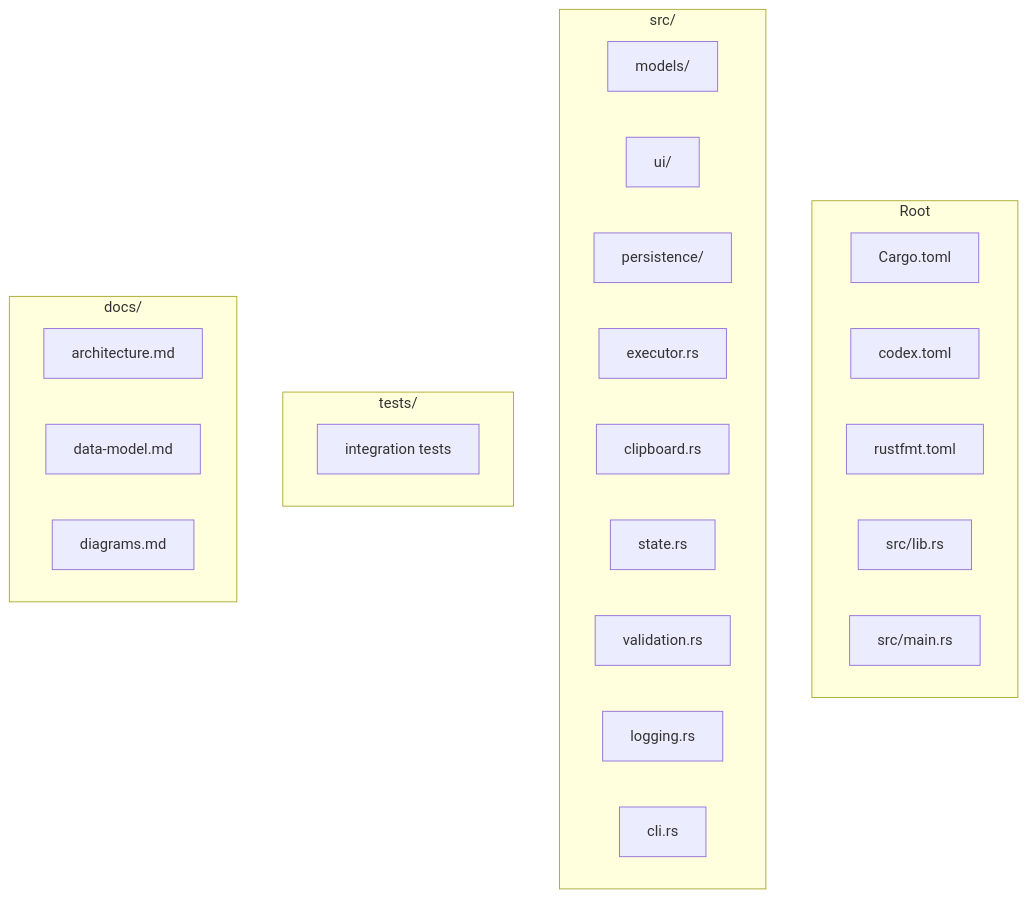
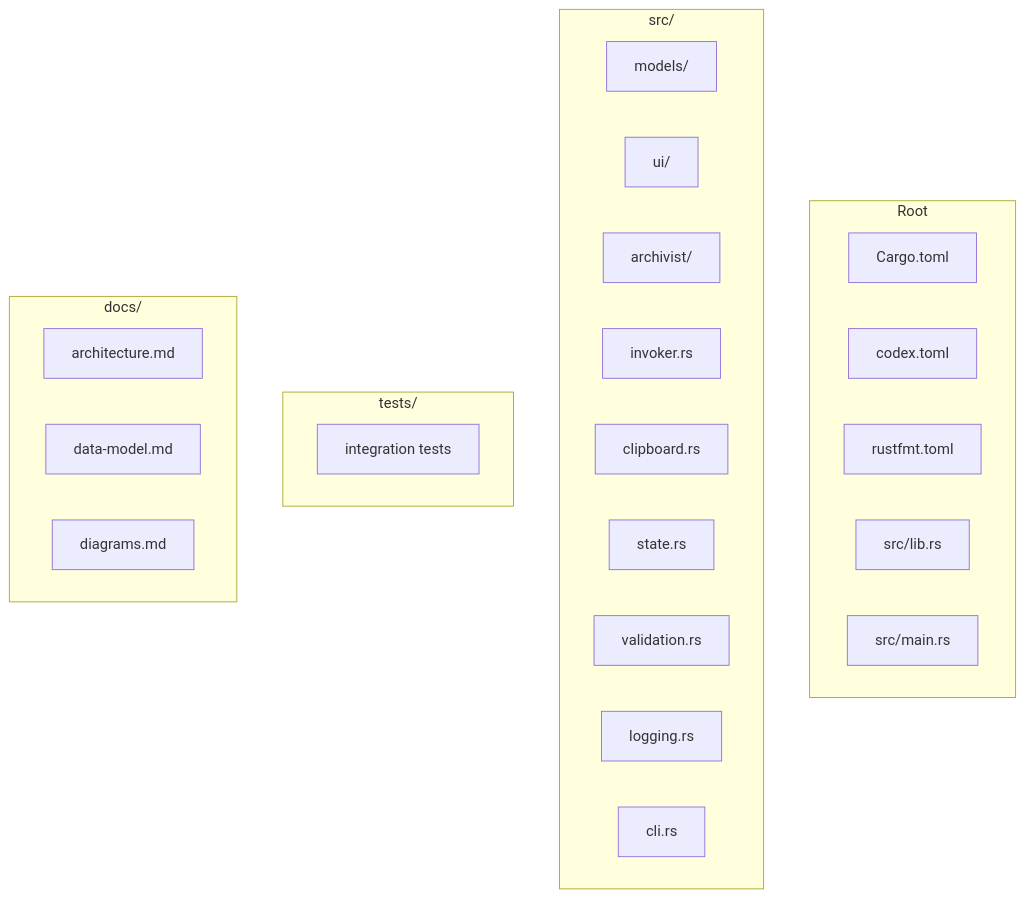
One commit to mxapd/spellbook changed the eighth of 9 diagrams in docs/diagrams.md. Above: the diagram before and after it, drawn with Mermaid. The commit also changed other lines of this file and 21 other files, not shown here.

````diff
--- a/docs/diagrams.md
+++ b/docs/diagrams.md
@@ -276,32 +276,32 @@
 ```mermaid
 graph TD
     subgraph "Root"
         Cargo["Cargo.toml"]
         codex["codex.toml"]
         rustfmt["rustfmt.toml"]
         lib["src/lib.rs"]
         main["src/main.rs"]
     end
     
     subgraph "src/"
         models["models/"]
         ui["ui/"]
-        persistence["persistence/"]
-        executor["executor.rs"]
+        persistence["archivist/"]
+        invoker["invoker.rs"]
         clipboard["clipboard.rs"]
         state["state.rs"]
         validation["validation.rs"]
         logging["logging.rs"]
         cli["cli.rs"]
     end
     
     subgraph "tests/"
         integration["integration tests"]
     end
     
     subgraph "docs/"
         arch["architecture.md"]
         data["data-model.md"]
         diagrams["diagrams.md"]
     end
 ```
````
